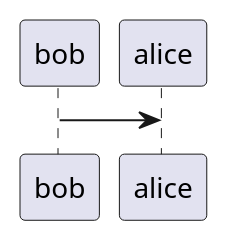
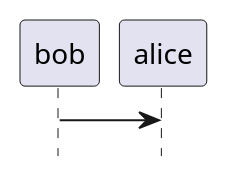
Before and after one commit to ishiiturk/pages-honkit: the diagram in docs/sample1.md, drawn with PlantUML. The commit also changed 1 other file, not shown here.

Commit message:
umlのプラグイン設定

````diff
--- a/docs/sample1.md
+++ b/docs/sample1.md
@@ -3,3 +3,6 @@
 ```plantuml
+@startuml
+hide footbox
 bob -> alice
+@enduml
 ```
````
